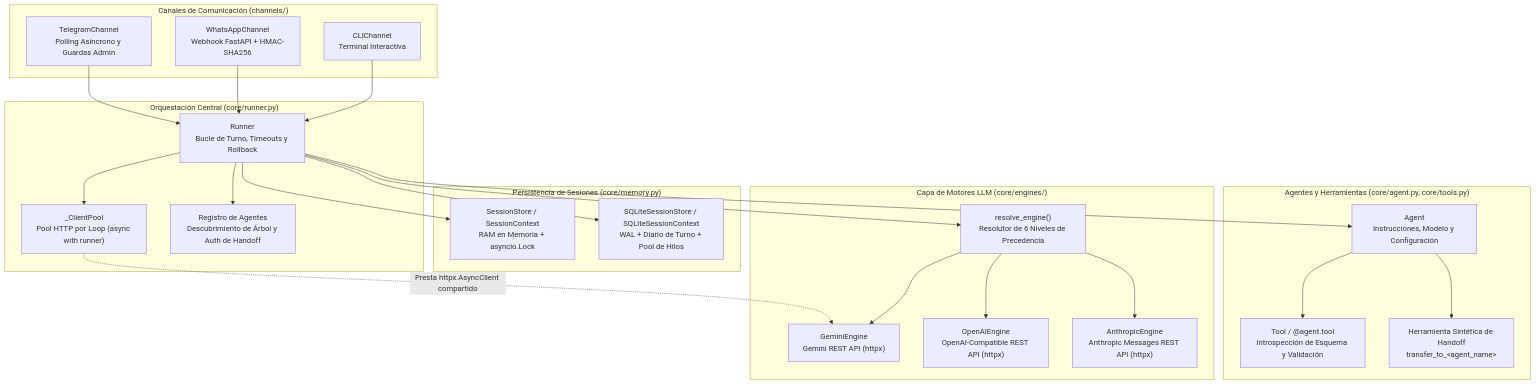
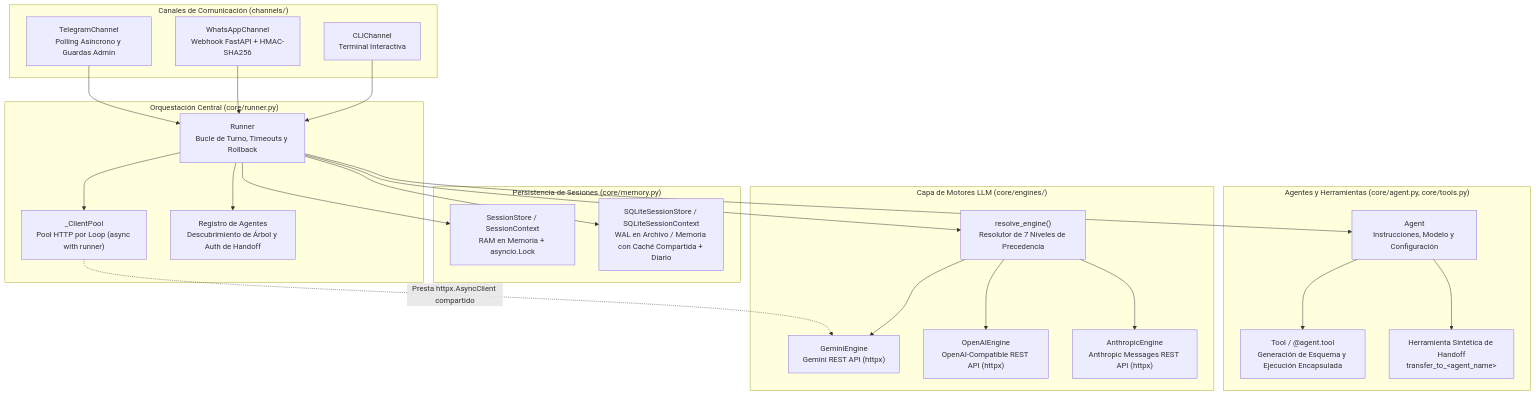
The first of 2 diagrams in docs/es/ARCHITECTURE.md (Aaqibhafeezkhan/chatflow-agent), drawn with Mermaid before and after one commit. The commit also changed other lines of this file and 1 other file, not shown here.

First line of the commit message:
docs(architecture): align bilingual architecture documentation with implementation (#159)

````diff
--- a/docs/es/ARCHITECTURE.md
+++ b/docs/es/ARCHITECTURE.md
@@ -25,51 +23,51 @@
 ```mermaid
 flowchart TD
     subgraph Channels["Canales de Comunicación (channels/)"]
         CLI["CLIChannel<br/>Terminal Interactiva"]
         WA["WhatsAppChannel<br/>Webhook FastAPI + HMAC-SHA256"]
         TG["TelegramChannel<br/>Polling Asíncrono y Guardas Admin"]
     end
 
     subgraph Orchestration["Orquestación Central (core/runner.py)"]
         Runner["Runner<br/>Bucle de Turno, Timeouts y Rollback"]
         Pool["_ClientPool<br/>Pool HTTP por Loop (async with runner)"]
         Registry["Registro de Agentes<br/>Descubrimiento de Árbol y Auth de Handoff"]
     end
 
     subgraph Memory["Persistencia de Sesiones (core/memory.py)"]
         MemStore["SessionStore / SessionContext<br/>RAM en Memoria + asyncio.Lock"]
-        SQLStore["SQLiteSessionStore / SQLiteSessionContext<br/>WAL + Diario de Turno + Pool de Hilos"]
+        SQLStore["SQLiteSessionStore / SQLiteSessionContext<br/>WAL en Archivo / Memoria con Caché Compartida + Diario"]
     end
 
     subgraph Agents["Agentes y Herramientas (core/agent.py, core/tools.py)"]
         Agent["Agent<br/>Instrucciones, Modelo y Configuración"]
-        Tool["Tool / @agent.tool<br/>Introspección de Esquema y Validación"]
+        Tool["Tool / @agent.tool<br/>Generación de Esquema y Ejecución Encapsulada"]
         Handoff["Herramienta Sintética de Handoff<br/>transfer_to_&lt;agent_name&gt;"]
     end
 
     subgraph Engines["Capa de Motores LLM (core/engines/)"]
-        Factory["resolve_engine()<br/>Resolutor de 6 Niveles de Precedencia"]
+        Factory["resolve_engine()<br/>Resolutor de 7 Niveles de Precedencia"]
         Gemini["GeminiEngine<br/>Gemini REST API (httpx)"]
         OpenAI["OpenAIEngine<br/>OpenAI-Compatible REST API (httpx)"]
         Anthropic["AnthropicEngine<br/>Anthropic Messages REST API (httpx)"]
     end
 
     CLI --> Runner
     WA --> Runner
     TG --> Runner
 
     Runner --> Pool
     Runner --> Registry
     Runner --> MemStore
     Runner --> SQLStore
     Runner --> Agent
 
     Agent --> Tool
     Agent --> Handoff
     Runner --> Factory
 
     Factory --> Gemini
     Factory --> OpenAI
     Factory --> Anthropic
     Pool -.->|"Presta httpx.AsyncClient compartido"| Gemini
 ```
````
